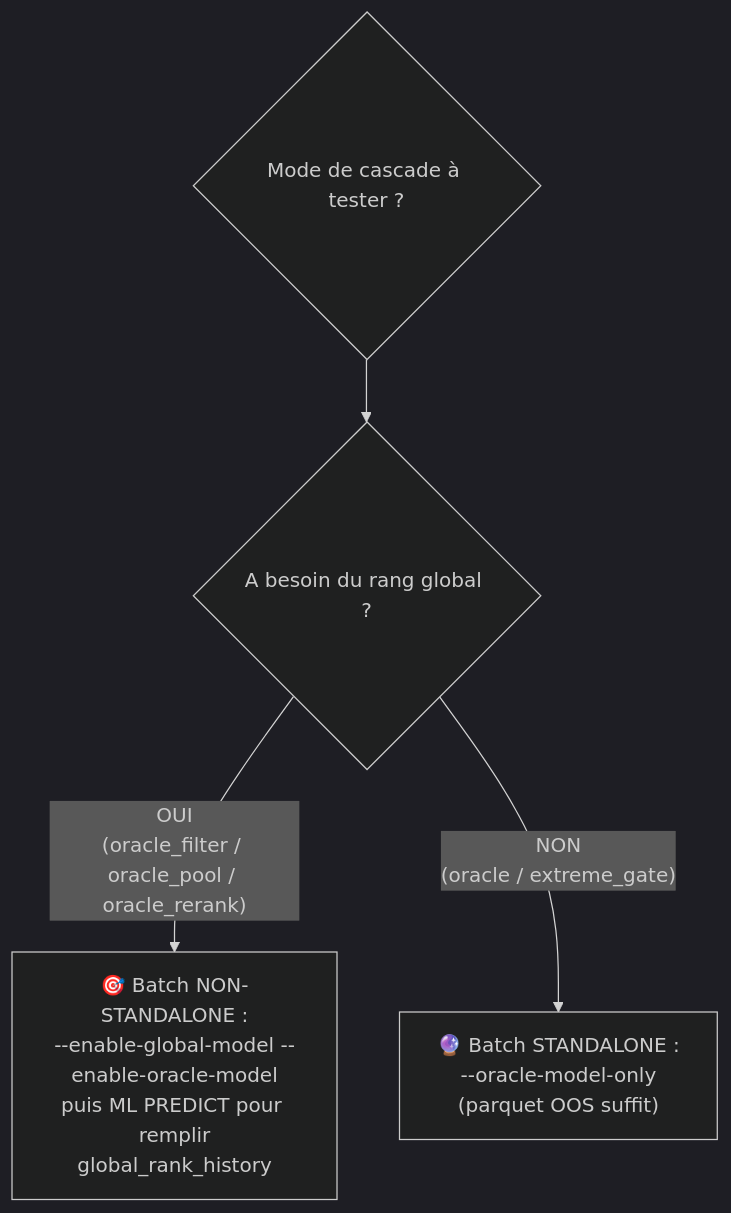
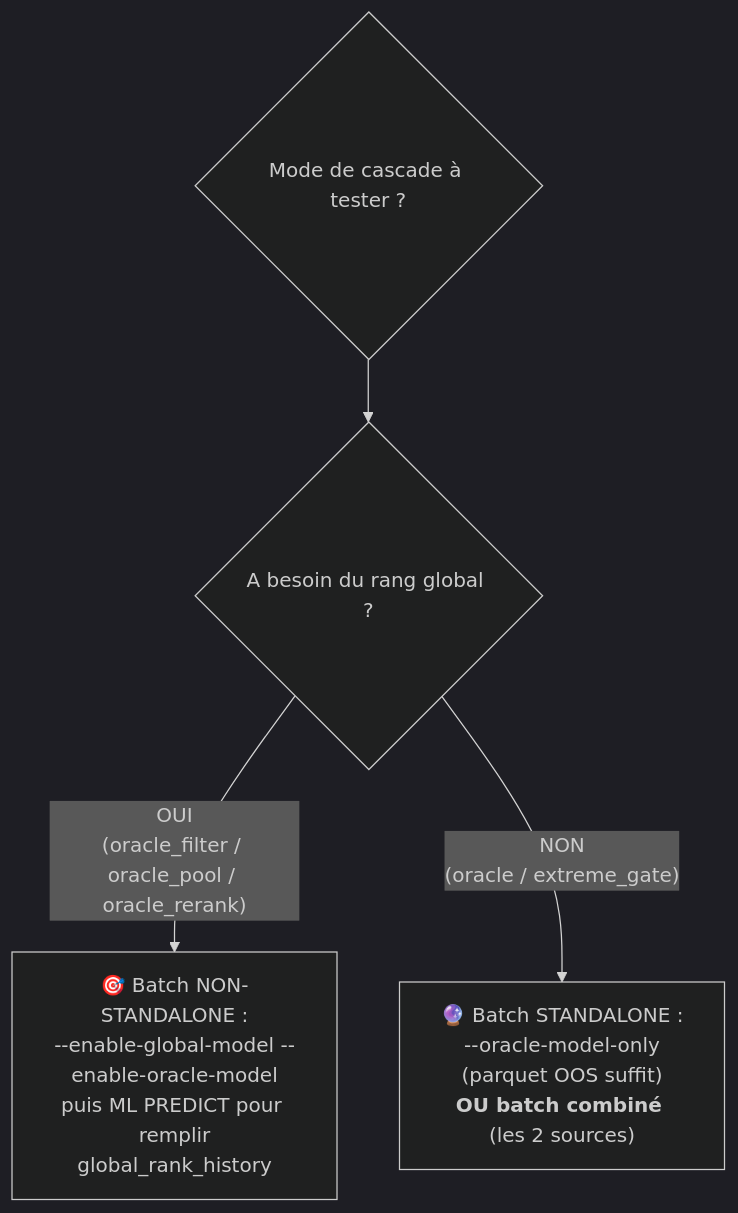
The seventh of 8 diagrams in doc/model_extreme_mode.md (mli2000fr/alpha_trade), drawn with Mermaid (dark theme) before and after one commit. The commit also changed other lines of this file and 5 other files, not shown here.

````diff
--- a/doc/model_extreme_mode.md
+++ b/doc/model_extreme_mode.md
@@ -357,7 +357,7 @@
 ```mermaid
 flowchart TD
     MODE{"Mode de cascade à tester ?"} --> A{"A besoin du rang global ?"}
 
     A -- "OUI<br/>(oracle_filter / oracle_pool / oracle_rerank)" --> NSTD["🎯 Batch NON-STANDALONE :<br/>--enable-global-model --enable-oracle-model<br/>puis ML PREDICT pour remplir<br/>global_rank_history"]
-    A -- "NON<br/>(oracle / extreme_gate)" --> STD["🔮 Batch STANDALONE :<br/>--oracle-model-only<br/>(parquet OOS suffit)"]
+    A -- "NON<br/>(oracle / extreme_gate)" --> STD["🔮 Batch STANDALONE :<br/>--oracle-model-only<br/>(parquet OOS suffit)<br/><b>OU batch combiné</b> (les 2 sources)"]
 ```
````
